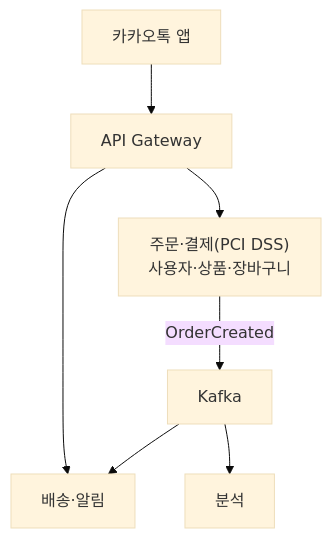
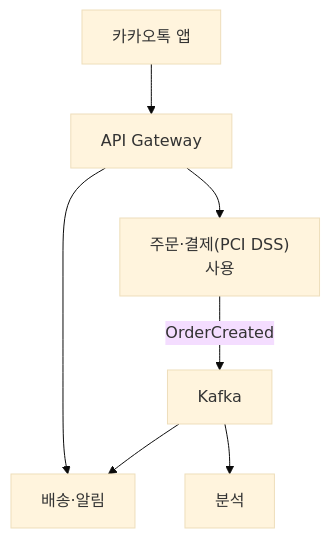
Diagram 14 of 15 in _posts/architecture/2026-05-02-msa-deep.md (yjkim2015/yjkim2015.github.io), drawn with Mermaid (base theme) before and after one commit. The commit also changed other lines of this file and 271 other files, not shown here.

First line of the commit message:
Mermaid 라벨 축소: 긴 노드 텍스트 18자 이하로 트림 + \n 제거

````diff
--- a/_posts/architecture/2026-05-02-msa-deep.md
+++ b/_posts/architecture/2026-05-02-msa-deep.md
@@ -471,9 +471,9 @@
 ```mermaid
 graph TD
     App["카카오톡 앱"] --> AG["API Gateway"]
-    AG --> Core["주문·결제(PCI DSS)\n사용자·상품·장바구니"]
+    AG --> Core["주문·결제(PCI DSS)\n사용"]
     AG --> Support["배송·알림"]
     Core -->|"OrderCreated"| Kafka["Kafka"]
     Kafka --> Support
     Kafka --> Analytics["분석"]
 ```
````
